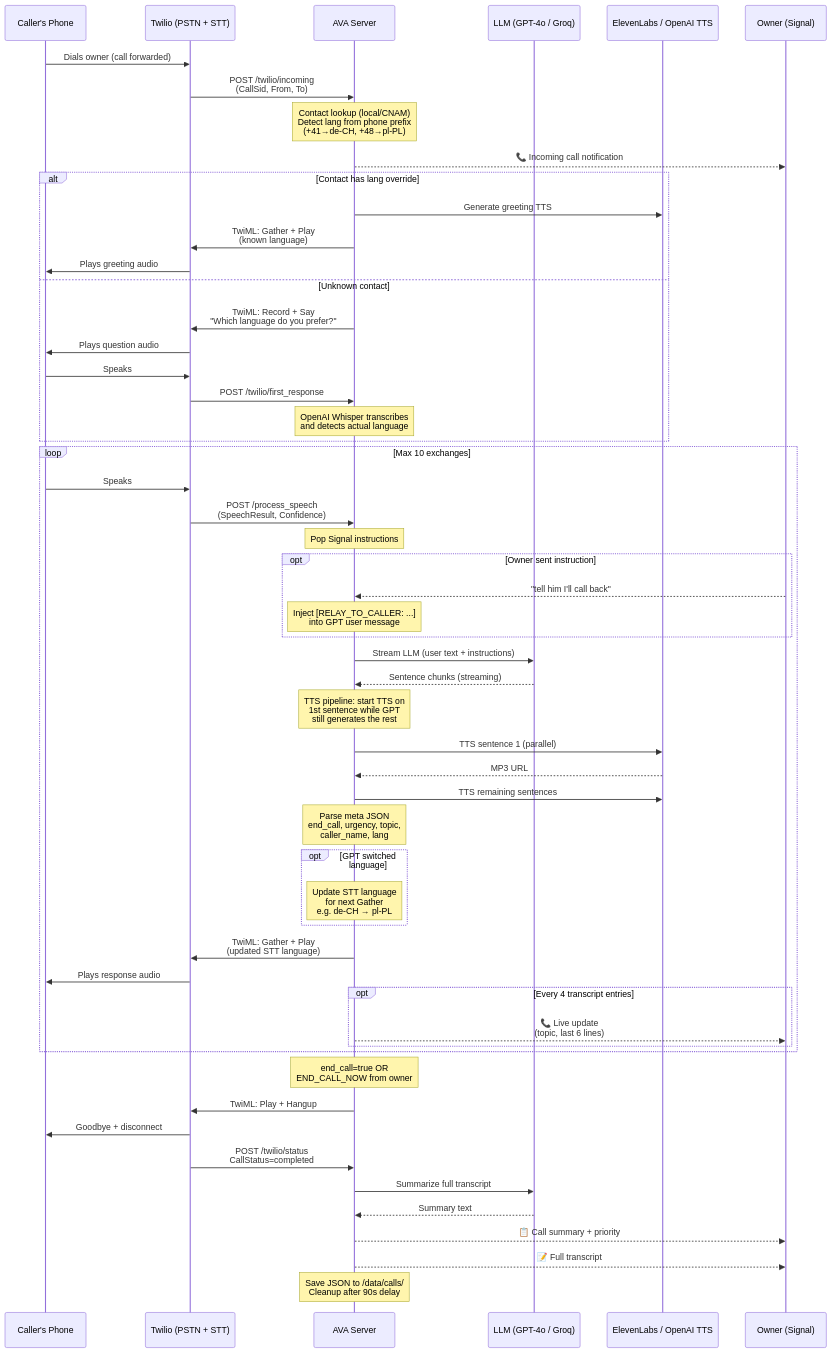
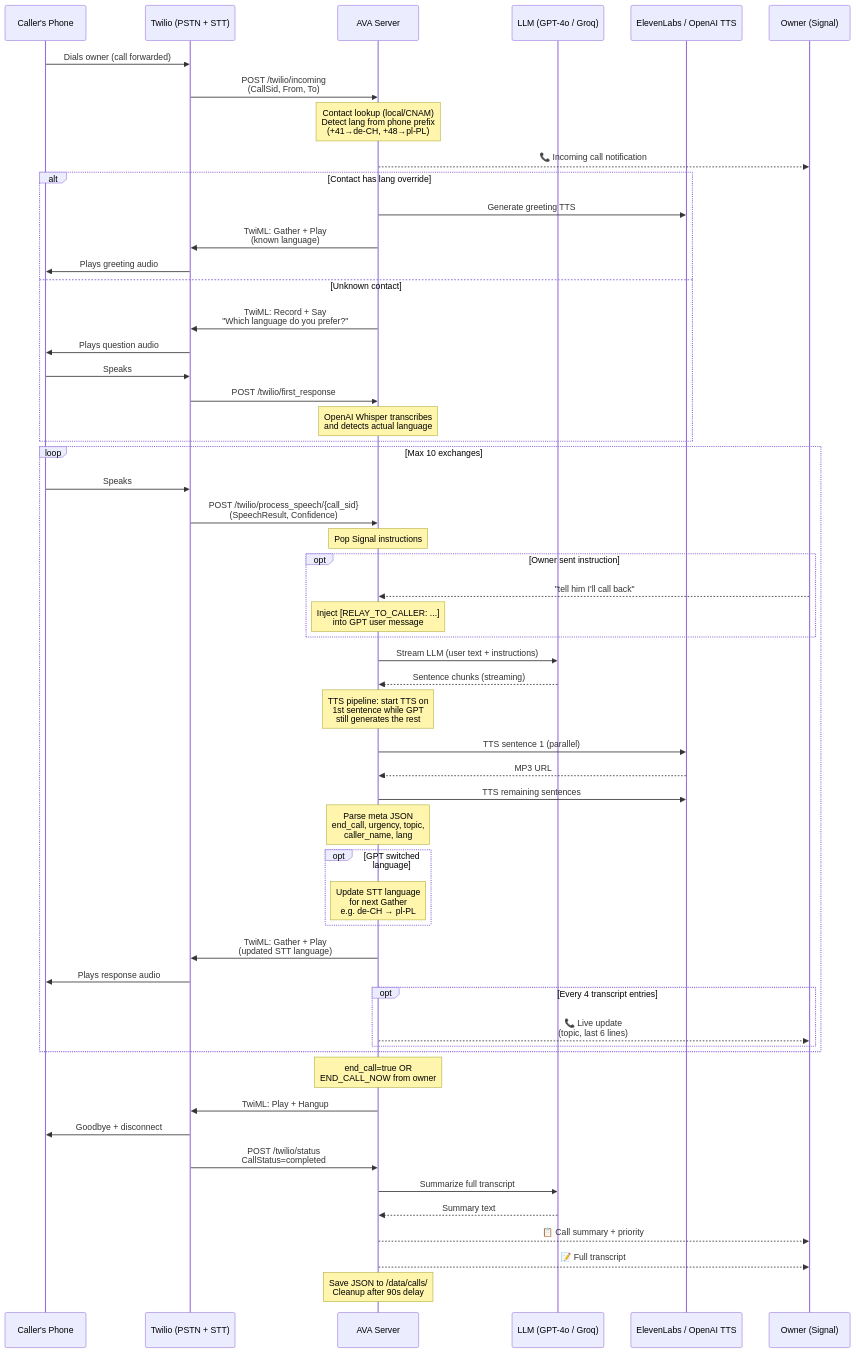
Before and after one commit to dzaczek/ava: the second of 7 diagrams in README.md, drawn with Mermaid. The commit also changed other lines of this file and 3 other files, not shown here.

````diff
--- a/README.md
+++ b/README.md
@@ -79,76 +79,76 @@
 ```mermaid
 sequenceDiagram
     participant Caller as Caller's Phone
     participant Twilio as Twilio (PSTN + STT)
     participant AVA as AVA Server
     participant GPT as LLM (GPT-4o / Groq)
     participant TTS as ElevenLabs / OpenAI TTS
     participant Signal as Owner (Signal)
 
     Caller->>Twilio: Dials owner (call forwarded)
     Twilio->>AVA: POST /twilio/incoming<br/>(CallSid, From, To)
 
     Note over AVA: Contact lookup (local/CNAM)<br/>Detect lang from phone prefix<br/>(+41→de-CH, +48→pl-PL)
 
     AVA-->>Signal: 📞 Incoming call notification
 
     alt Contact has lang override
         AVA->>TTS: Generate greeting TTS
         AVA->>Twilio: TwiML: Gather + Play<br/>(known language)
         Twilio->>Caller: Plays greeting audio
     else Unknown contact
         AVA->>Twilio: TwiML: Record + Say<br/>"Which language do you prefer?"
         Twilio->>Caller: Plays question audio
         Caller->>Twilio: Speaks
         Twilio->>AVA: POST /twilio/first_response
         Note over AVA: OpenAI Whisper transcribes<br/>and detects actual language
     end
 
     loop Max 10 exchanges
         Caller->>Twilio: Speaks
-        Twilio->>AVA: POST /process_speech<br/>(SpeechResult, Confidence)
+        Twilio->>AVA: POST /twilio/process_speech/{call_sid}<br/>(SpeechResult, Confidence)
 
         Note over AVA: Pop Signal instructions
 
         opt Owner sent instruction
             Signal-->>AVA: "tell him I'll call back"
             Note over AVA: Inject [RELAY_TO_CALLER: ...]<br/>into GPT user message
         end
 
         AVA->>GPT: Stream LLM (user text + instructions)
         GPT-->>AVA: Sentence chunks (streaming)
 
         Note over AVA: TTS pipeline: start TTS on<br/>1st sentence while GPT<br/>still generates the rest
 
         AVA->>TTS: TTS sentence 1 (parallel)
         TTS-->>AVA: MP3 URL
         AVA->>TTS: TTS remaining sentences
 
         Note over AVA: Parse meta JSON<br/>end_call, urgency, topic,<br/>caller_name, lang
 
         opt GPT switched language
             Note over AVA: Update STT language<br/>for next Gather<br/>e.g. de-CH → pl-PL
         end
 
         AVA->>Twilio: TwiML: Gather + Play<br/>(updated STT language)
         Twilio->>Caller: Plays response audio
 
         opt Every 4 transcript entries
             AVA-->>Signal: 📞 Live update<br/>(topic, last 6 lines)
         end
     end
 
     Note over AVA: end_call=true OR<br/>END_CALL_NOW from owner
 
     AVA->>Twilio: TwiML: Play + Hangup
     Twilio->>Caller: Goodbye + disconnect
 
     Twilio->>AVA: POST /twilio/status<br/>CallStatus=completed
 
     AVA->>GPT: Summarize full transcript
     GPT-->>AVA: Summary text
     AVA-->>Signal: 📋 Call summary + priority
     AVA-->>Signal: 📝 Full transcript
 
     Note over AVA: Save JSON to /data/calls/<br/>Cleanup after 90s delay
 ```
````
